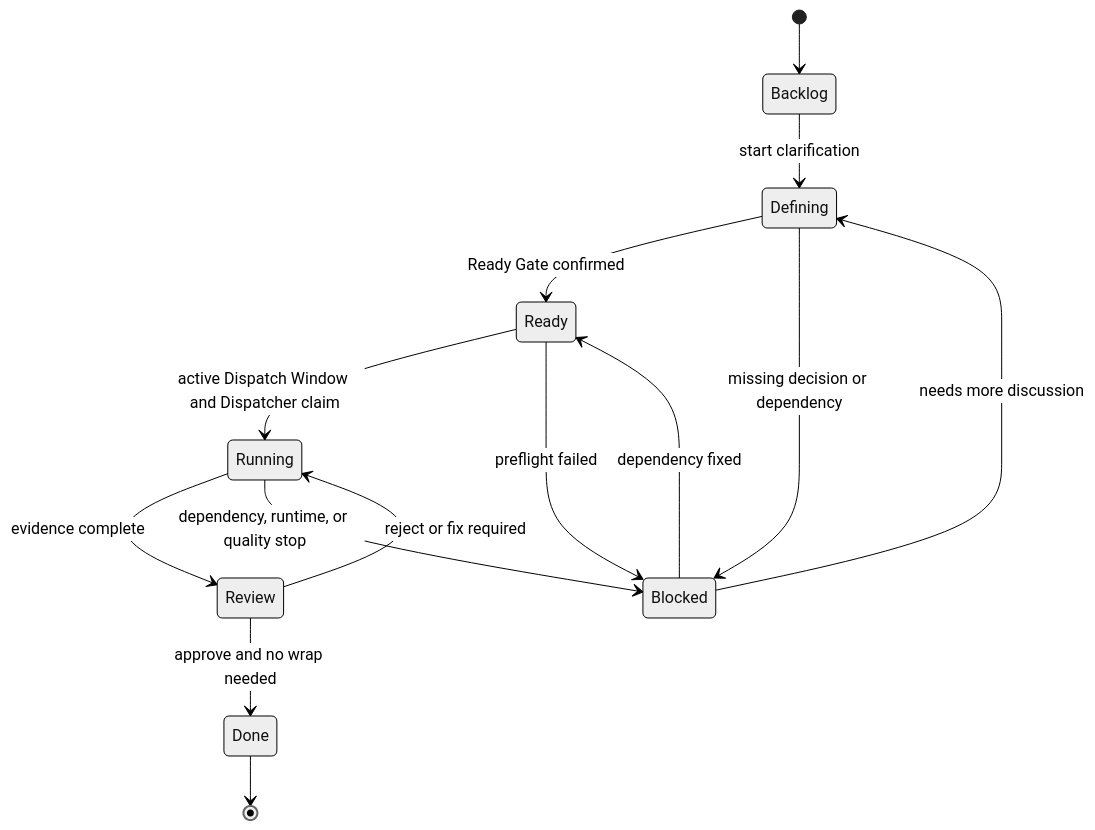
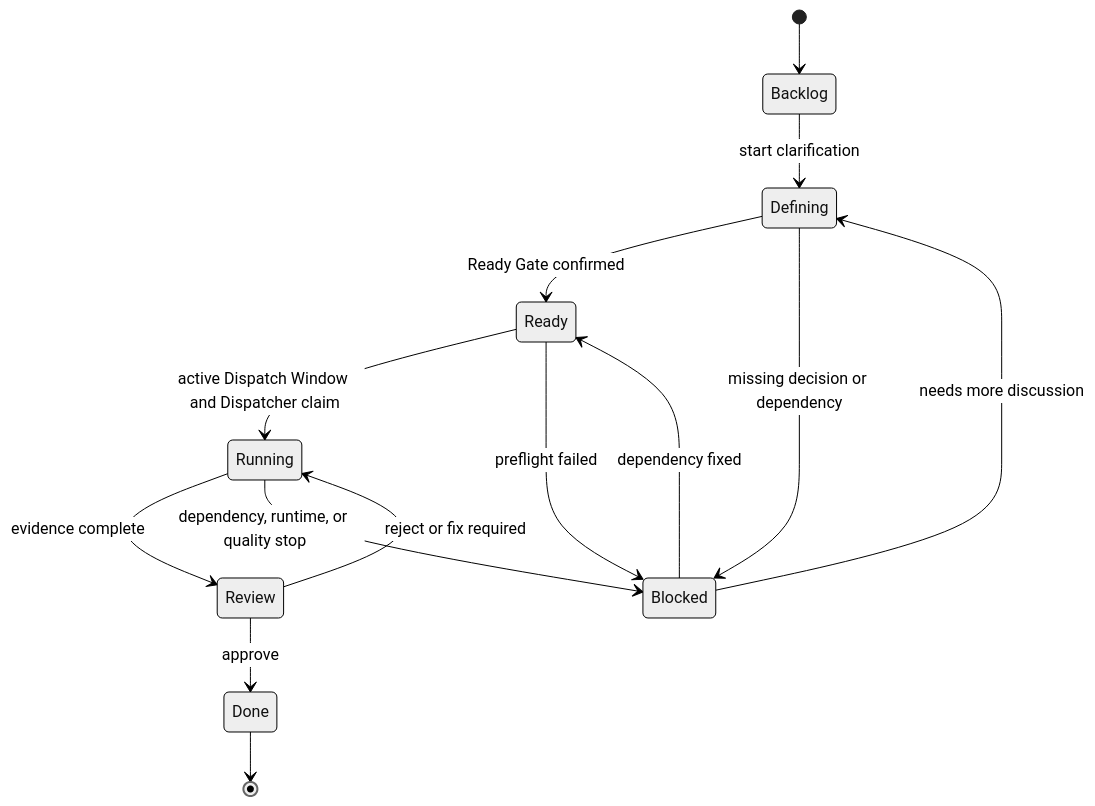
The ninth of 14 diagrams in docs/grimo/PRD.md (samzhu/grimoAPP), drawn with Mermaid (neutral theme) before and after one commit. The commit also changed other lines of this file and 54 other files, not shown here.

````diff
--- a/docs/grimo/PRD.md
+++ b/docs/grimo/PRD.md
@@ -263,16 +270,16 @@
 ```mermaid
 stateDiagram-v2
   [*] --> Backlog
   Backlog --> Defining: start clarification
   Defining --> Ready: Ready Gate confirmed
   Ready --> Running: active Dispatch Window and Dispatcher claim
   Running --> Review: evidence complete
-  Review --> Done: approve and no wrap needed
+  Review --> Done: approve
   Review --> Running: reject or fix required
   Running --> Blocked: dependency, runtime, or quality stop
   Defining --> Blocked: missing decision or dependency
   Ready --> Blocked: preflight failed
   Blocked --> Defining: needs more discussion
   Blocked --> Ready: dependency fixed
   Done --> [*]
 ```
````
